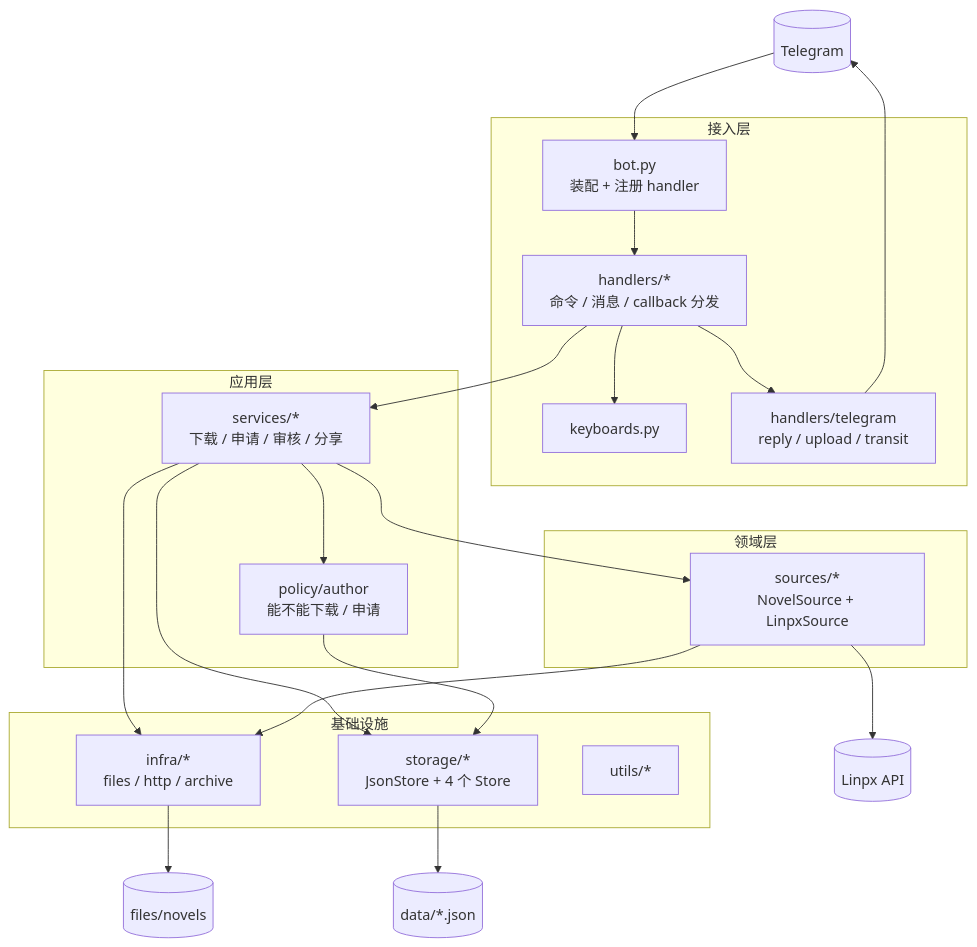
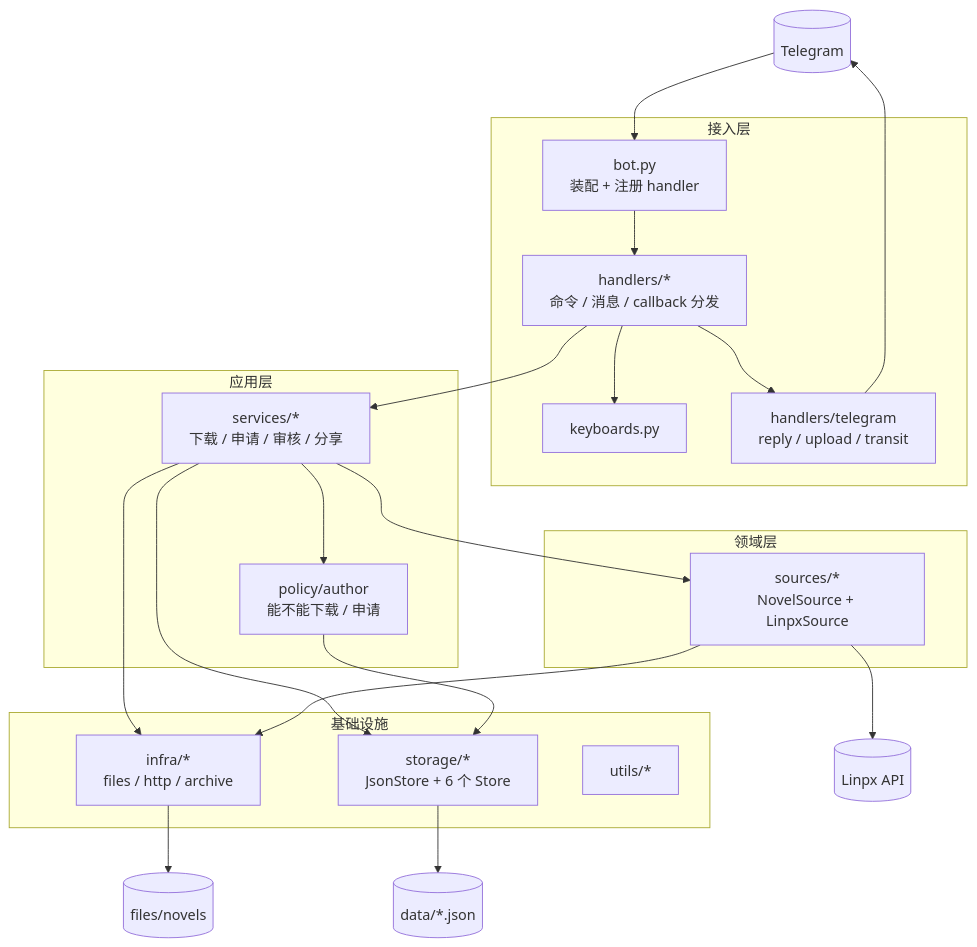
Before and after one commit to DowneyRem/FurryReadingBot: the diagram in docs/03-项目架构说明.md, drawn with Mermaid. The commit also changed other lines of this file and 7 other files, not shown here.

````diff
--- a/docs/03-项目架构说明.md
+++ b/docs/03-项目架构说明.md
@@ -23,45 +23,45 @@
 ```mermaid
 flowchart TB
     TG[("Telegram")]
     API[("Linpx API")]
 
     subgraph 接入层
         BOT["bot.py<br/>装配 + 注册 handler"]
         H["handlers/*<br/>命令 / 消息 / callback 分发"]
         KB[keyboards.py]
         TGA["handlers/telegram<br/>reply / upload / transit"]
     end
 
     subgraph 应用层
         SVC["services/*<br/>下载 / 申请 / 审核 / 分享"]
         POL["policy/author<br/>能不能下载 / 申请"]
     end
 
     subgraph 领域层
         SRC["sources/*<br/>NovelSource + LinpxSource"]
     end
 
     subgraph 基础设施
-        ST["storage/*<br/>JsonStore + 4 个 Store"]
+        ST["storage/*<br/>JsonStore + 6 个 Store"]
         INF["infra/*<br/>files / http / archive"]
         U["utils/*"]
     end
 
     DATA[("data/*.json")]
     FILES[("files/novels")]
 
     TG --> BOT --> H
     H --> TGA
     H --> SVC
     H --> KB
     SVC --> SRC
     SVC --> ST
     SVC --> INF
     SVC --> POL
     POL --> ST
     SRC --> INF
     ST --> DATA
     INF --> FILES
     TGA --> TG
     SRC --> API
 ```
````
